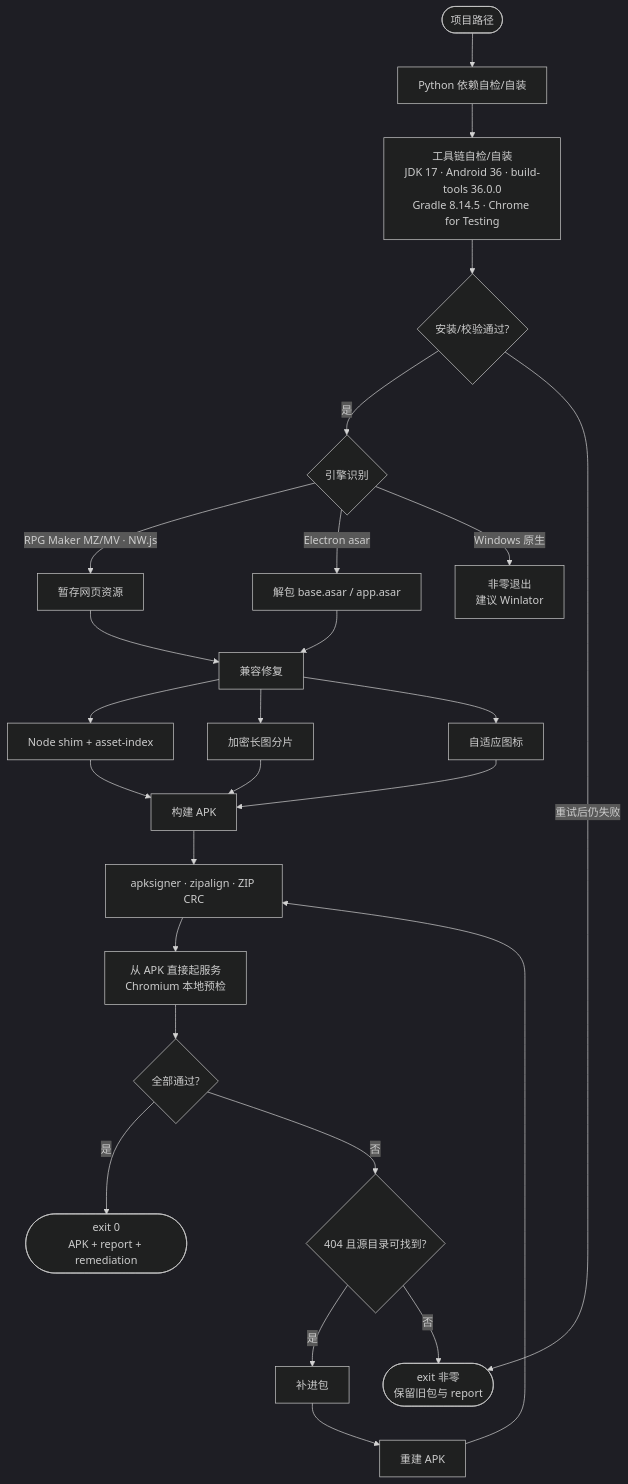
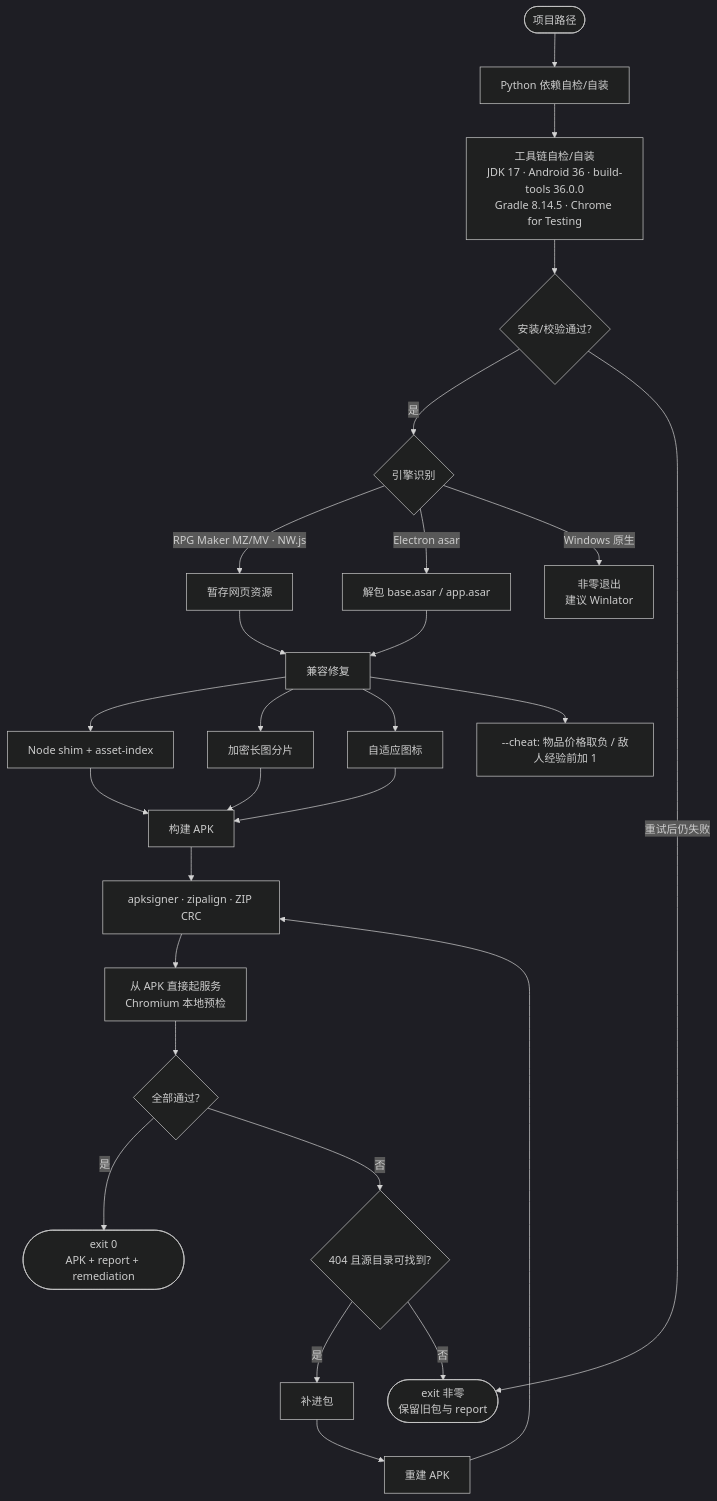
One commit to SpellingDragon/pc2android changed the diagram in README.md. Above: the diagram before and after it, drawn with Mermaid (dark theme). The commit also changed other lines of this file and 3 other files, not shown here.

````diff
--- a/README.md
+++ b/README.md
@@ -45,28 +51,29 @@
 ```mermaid
 flowchart TD
     A(["项目路径"]) --> B["Python 依赖自检/自装"]
     B --> C["工具链自检/自装<br/>JDK 17 · Android 36 · build-tools 36.0.0<br/>Gradle 8.14.5 · Chrome for Testing"]
     C --> C1{"安装/校验通过?"}
     C1 -->|"是"| D{"引擎识别"}
     C1 -->|"重试后仍失败"| Z(["exit 非零<br/>保留旧包与 report"])
     D -->|"RPG Maker MZ/MV · NW.js"| E["暂存网页资源"]
     D -->|"Electron asar"| F["解包 base.asar / app.asar"]
     D -->|"Windows 原生"| X["非零退出<br/>建议 Winlator"]
     E --> G["兼容修复"]
     F --> G
     G --> G1["Node shim + asset-index"]
     G --> G2["加密长图分片"]
     G --> G3["自适应图标"]
+    G --> G4["--cheat: 物品价格取负 / 敌人经验前加 1"]
     G1 --> H["构建 APK"]
     G2 --> H
     G3 --> H
     H --> I["apksigner · zipalign · ZIP CRC"]
     I --> J["从 APK 直接起服务<br/>Chromium 本地预检"]
     J --> K{"全部通过?"}
     K -->|"是"| L(["exit 0<br/>APK + report + remediation"])
     K -->|"否"| M{"404 且源目录可找到?"}
     M -->|"是"| O["补进包"]
     M -->|"否"| Z
     O --> P["重建 APK"]
     P --> I
 ```
````
